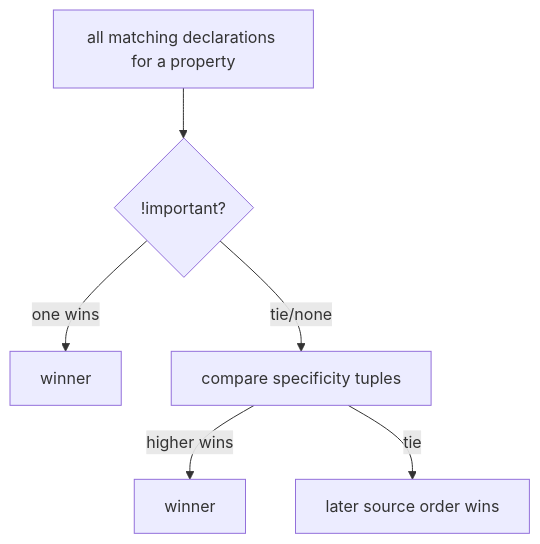
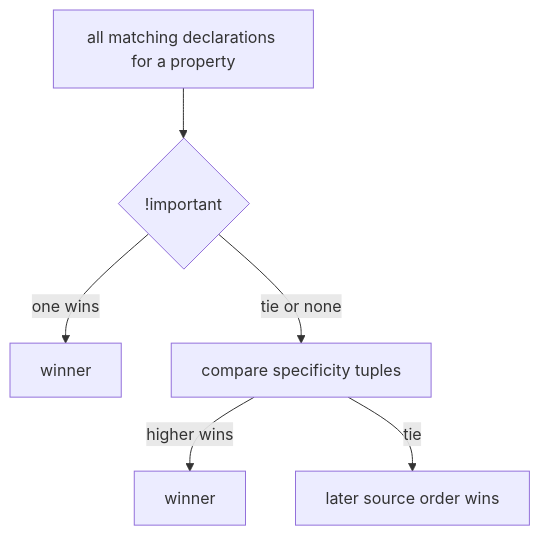
One commit to ashishxcode/frontend-internals changed the diagram in packages/content/content/16-css-layout.mdx. Above: the diagram before and after it, drawn with Mermaid. The commit also changed other lines of this file and 29 other files, not shown here.

Commit message:
rewrite: roadmap engineer-to-engineer + all 34 chapters new spec

````diff
--- a/packages/content/content/16-css-layout.mdx
+++ b/packages/content/content/16-css-layout.mdx
@@ -65,8 +30,8 @@
 ```mermaid
 flowchart TD
-  rules["all matching declarations for a property"] --> imp{!important?}
+  rules["all matching declarations for a property"] --> imp{!important}
   imp -->|one wins| done1[winner]
-  imp -->|tie/none| spec[compare specificity tuples]
+  imp -->|tie or none| spec[compare specificity tuples]
   spec -->|higher wins| done2[winner]
   spec -->|tie| order[later source order wins]
 ```
````
